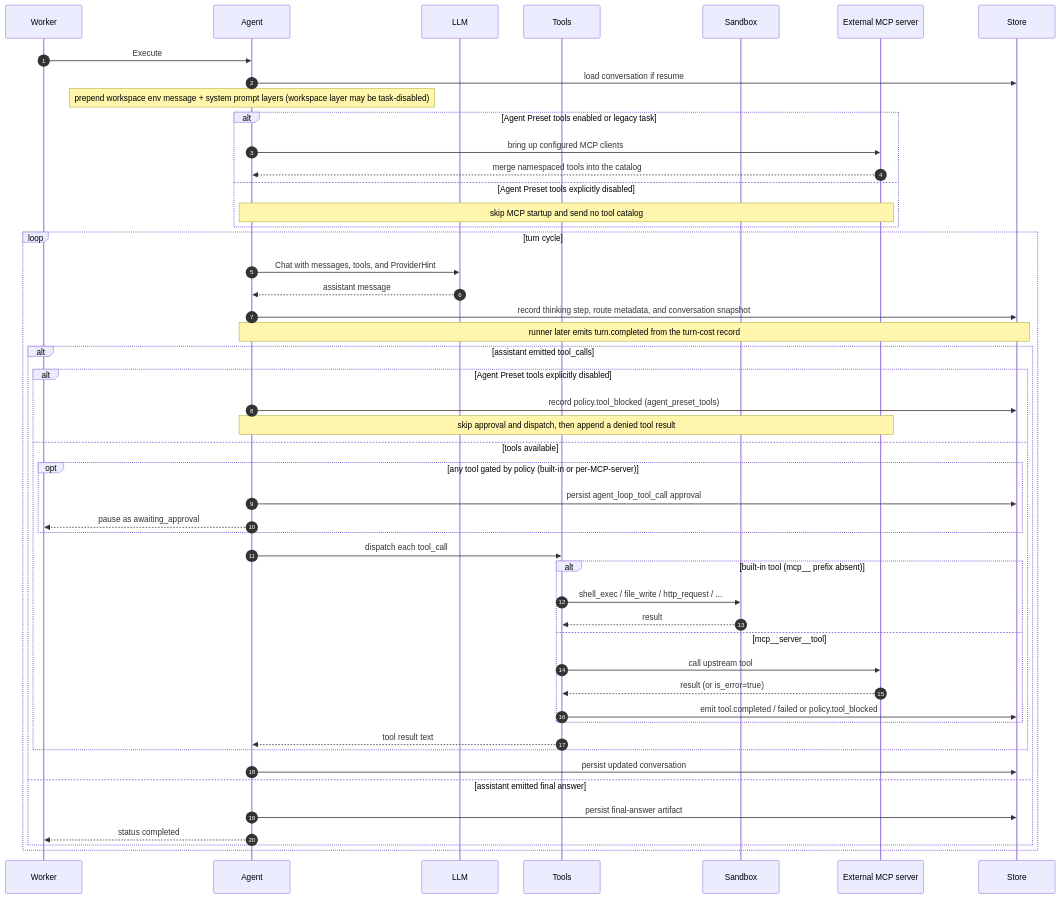
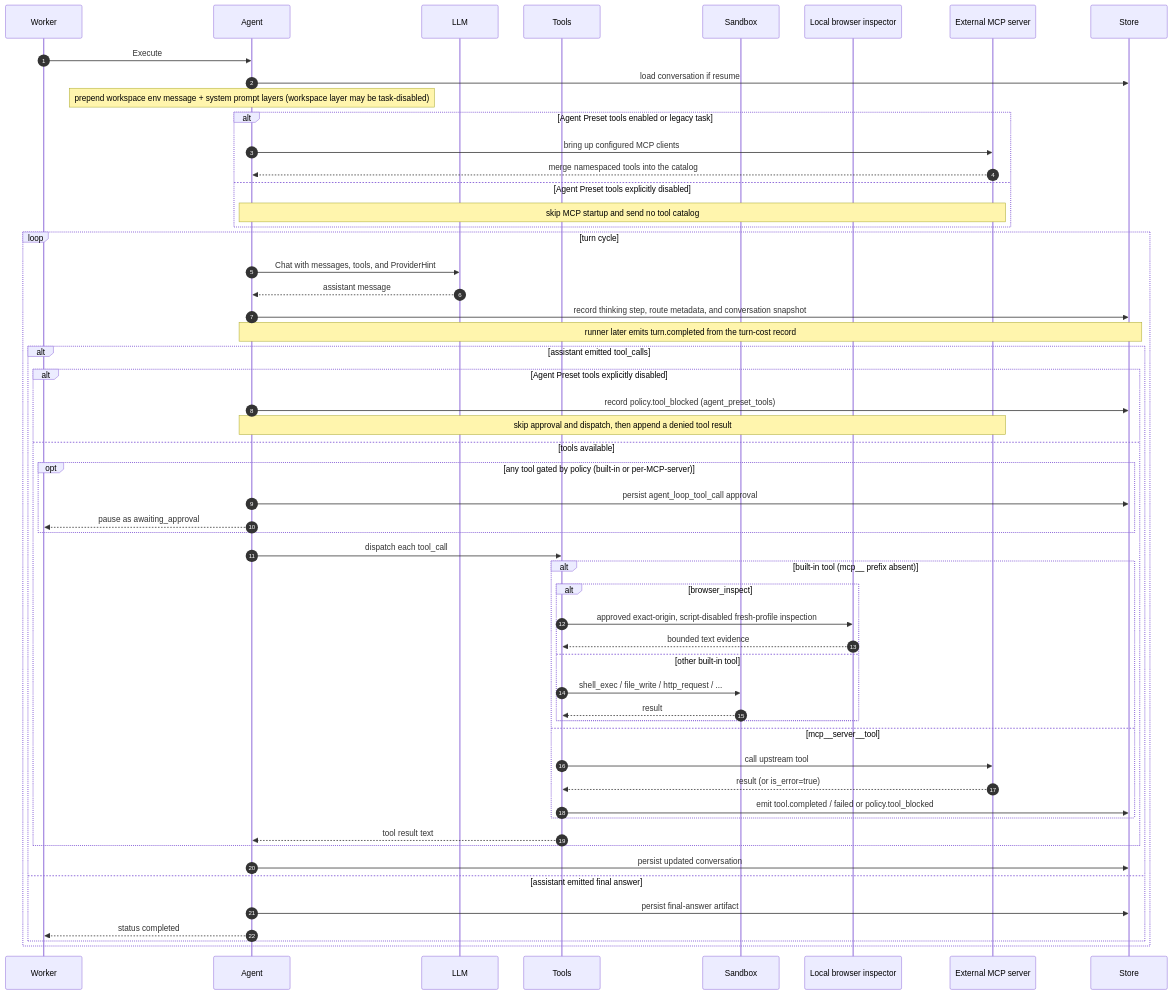
The sixth of 6 diagrams in docs/contributor/architecture.md (hecatehq/hecate), drawn with Mermaid before and after one commit. The commit also changed other lines of this file and 63 other files, not shown here.

Commit message:
feat(runtime): add approval-gated browser evidence

````diff
--- a/docs/contributor/architecture.md
+++ b/docs/contributor/architecture.md
@@ -422,51 +422,57 @@
 ```mermaid
 sequenceDiagram
     autonumber
     participant Worker
     participant Agent
     participant LLM
     participant Tools
     participant Sandbox
+    participant Browser as Local browser inspector
     participant MCP as External MCP server
     participant Store
     Worker->>Agent: Execute
     Agent->>Store: load conversation if resume
     Note over Agent: prepend workspace env message + system prompt layers (workspace layer may be task-disabled)
     alt Agent Preset tools enabled or legacy task
         Agent->>MCP: bring up configured MCP clients
         MCP-->>Agent: merge namespaced tools into the catalog
     else Agent Preset tools explicitly disabled
         Note over Agent,MCP: skip MCP startup and send no tool catalog
     end
     loop turn cycle
         Agent->>LLM: Chat with messages, tools, and ProviderHint
         LLM-->>Agent: assistant message
         Agent->>Store: record thinking step, route metadata, and conversation snapshot
         Note over Agent,Store: runner later emits turn.completed from the turn-cost record
         alt assistant emitted tool_calls
             alt Agent Preset tools explicitly disabled
                 Agent->>Store: record policy.tool_blocked (agent_preset_tools)
                 Note over Agent,MCP: skip approval and dispatch, then append a denied tool result
             else tools available
                 opt any tool gated by policy (built-in or per-MCP-server)
                     Agent->>Store: persist agent_loop_tool_call approval
                     Agent-->>Worker: pause as awaiting_approval
                 end
                 Agent->>Tools: dispatch each tool_call
                 alt built-in tool (mcp__ prefix absent)
-                    Tools->>Sandbox: shell_exec / file_write / http_request / ...
-                    Sandbox-->>Tools: result
+                    alt browser_inspect
+                        Tools->>Browser: approved exact-origin, script-disabled fresh-profile inspection
+                        Browser-->>Tools: bounded text evidence
+                    else other built-in tool
+                        Tools->>Sandbox: shell_exec / file_write / http_request / ...
+                        Sandbox-->>Tools: result
+                    end
                 else mcp__server__tool
                     Tools->>MCP: call upstream tool
                     MCP-->>Tools: result (or is_error=true)
                     Tools->>Store: emit tool.completed / failed or policy.tool_blocked
                 end
                 Tools-->>Agent: tool result text
             end
             Agent->>Store: persist updated conversation
         else assistant emitted final answer
             Agent->>Store: persist final-answer artifact
             Agent-->>Worker: status completed
         end
     end
 ```
````
